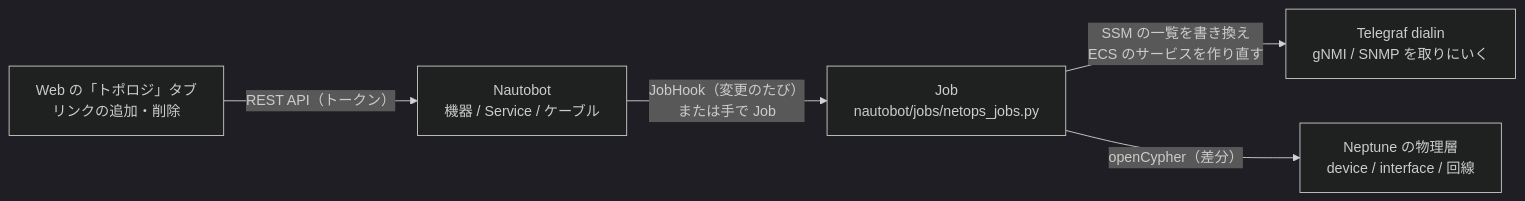
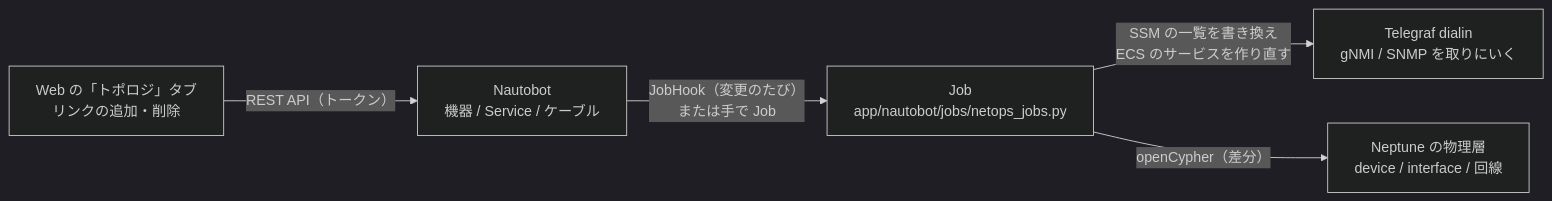
The second of 2 diagrams in docs/pipeline.md (eddie-eights/nwc-poc), drawn with Mermaid (dark theme) before and after one commit. The commit also changed other lines of this file and 242 other files, not shown here.

````diff
--- a/docs/pipeline.md
+++ b/docs/pipeline.md
@@ -357,7 +357,7 @@
 ```mermaid
 flowchart LR
   W["Web の「トポロジ」タブ<br/>リンクの追加・削除"] -->|"REST API（トークン）"| U
-  U["Nautobot<br/>機器 / Service / ケーブル"] -->|"JobHook（変更のたび）<br/>または手で Job"| J["Job<br/>nautobot/jobs/netops_jobs.py"]
+  U["Nautobot<br/>機器 / Service / ケーブル"] -->|"JobHook（変更のたび）<br/>または手で Job"| J["Job<br/>app/nautobot/jobs/netops_jobs.py"]
   J -->|"SSM の一覧を書き換え<br/>ECS のサービスを作り直す"| T["Telegraf dialin<br/>gNMI / SNMP を取りにいく"]
   J -->|"openCypher（差分）"| N["Neptune の物理層<br/>device / interface / 回線"]
 ```
````
